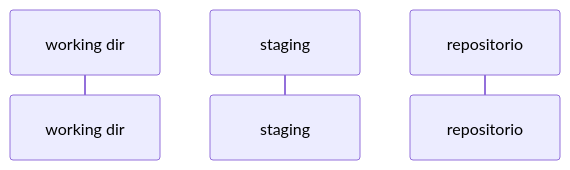
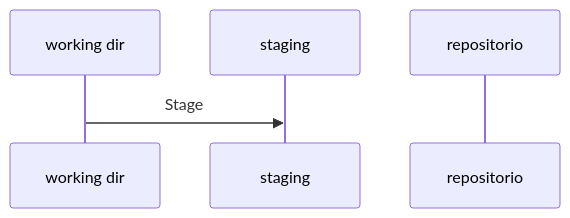
The diagram in README.md (danielzamo/Introduction-to-git), drawn with Mermaid before and after one commit.

````diff
--- a/README.md
+++ b/README.md
@@ -45,6 +45,7 @@
 ```mermaid
 sequenceDiagram
     participant working dir
     participant staging
     participant repositorio
+    working dir->>staging: Stage
 ```
````
